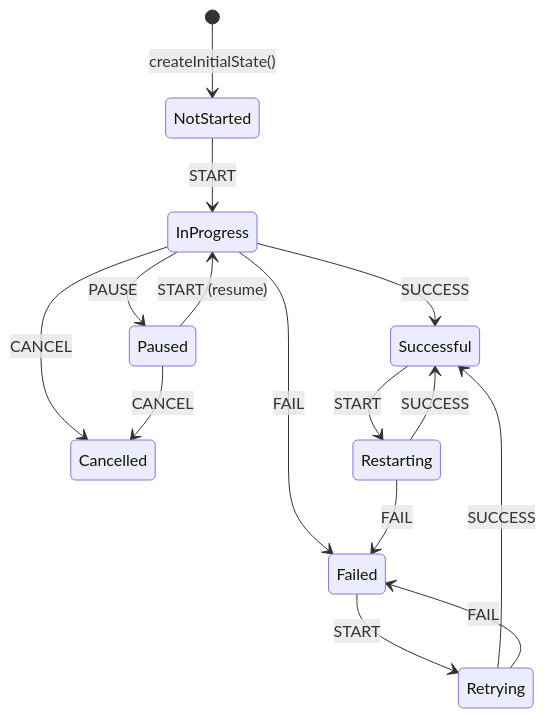
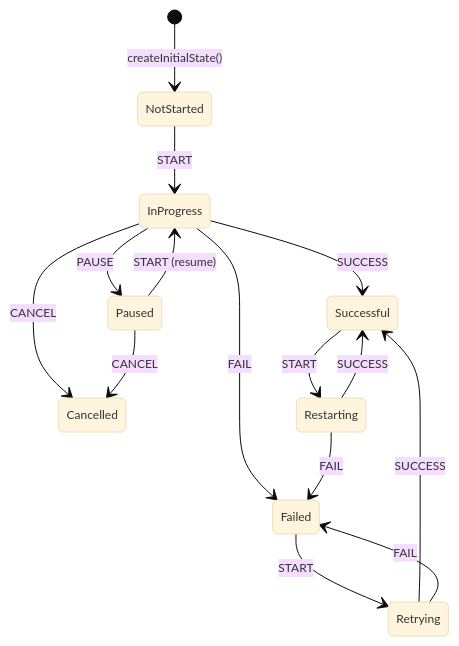
The third of 3 diagrams in libs/state-machine/ARCHITECTURE.md (AndrewRedican/hyperfrontend), drawn with Mermaid before and after one commit. The commit also changed other lines of this file, not shown here.

Commit message:
docs(lib-state-machine): use mermaid diagram on architecture.md

````diff
--- a/libs/state-machine/ARCHITECTURE.md
+++ b/libs/state-machine/ARCHITECTURE.md
@@ -294,22 +297,28 @@
 ```mermaid
+---
+config:
+  theme: base
+  themeVariables:
+    fontSize: 12px
+---
 stateDiagram-v2
     [*] --> NotStarted: createInitialState()
 
     NotStarted --> InProgress: START
 
     InProgress --> Successful: SUCCESS
     InProgress --> Failed: FAIL
     InProgress --> Paused: PAUSE
     InProgress --> Cancelled: CANCEL
 
     Paused --> InProgress: START (resume)
     Paused --> Cancelled: CANCEL
 
     Successful --> Restarting: START
     Restarting --> Successful: SUCCESS
     Restarting --> Failed: FAIL
 
     Failed --> Retrying: START
     Retrying --> Successful: SUCCESS
     Retrying --> Failed: FAIL
 ```
````
